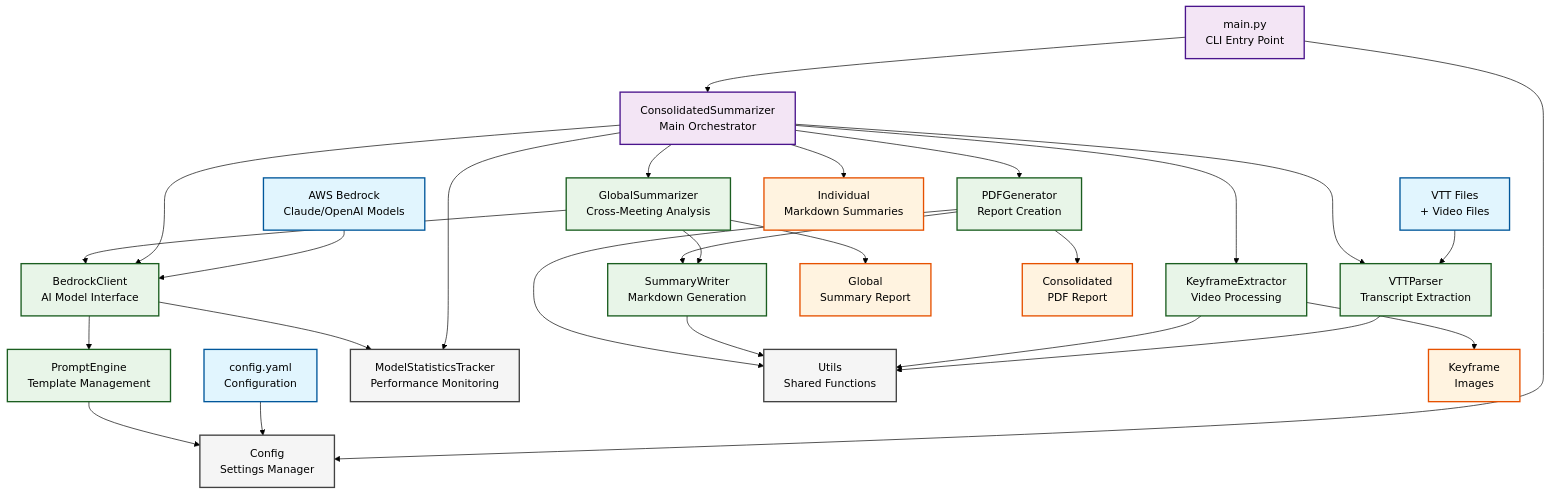
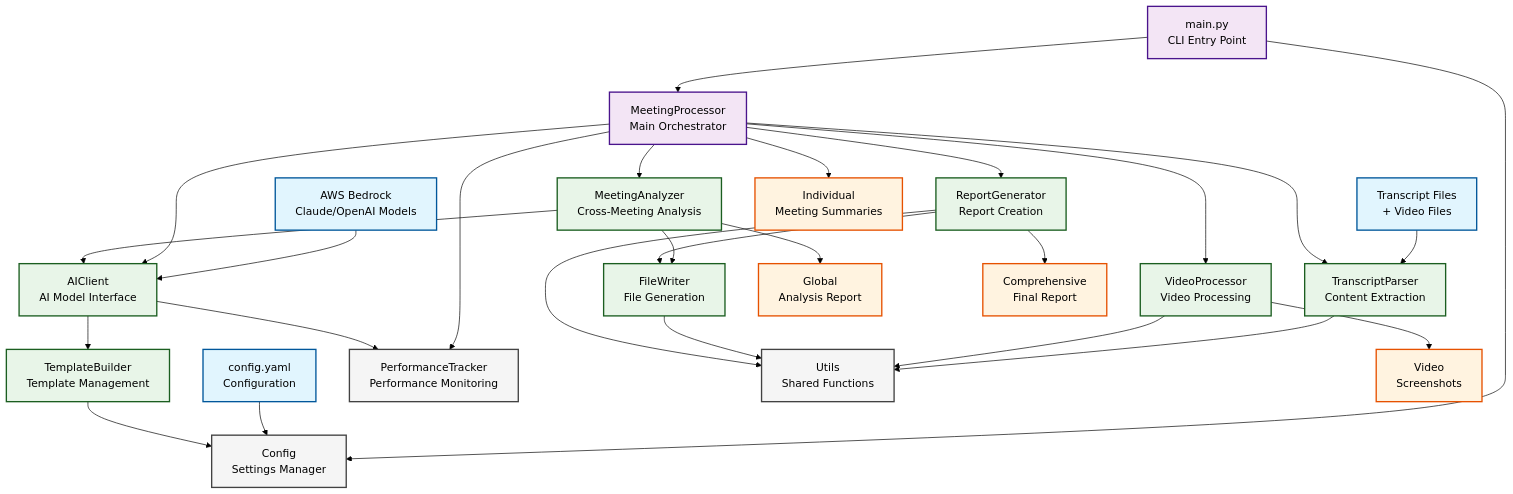
One commit to jogule/ms-teams-summarizer changed the first of 4 diagrams in architecture.md. Above: the diagram before and after it, drawn with Mermaid (forest theme). The commit also changed other lines of this file and 12 other files, not shown here.

First line of the commit message:
Implement transcript parsing, template building, and video processing for meeting summaries

````diff
--- a/architecture.md
+++ b/architecture.md
@@ -7,80 +7,80 @@
 ```mermaid
 graph TB
     %% External Dependencies
     AWS[AWS Bedrock<br/>Claude/OpenAI Models] 
-    VTT[VTT Files<br/>+ Video Files]
+    FILES[Transcript Files<br/>+ Video Files]
     CONFIG[config.yaml<br/>Configuration]
     
     %% Main Entry Point
     MAIN[main.py<br/>CLI Entry Point]
     
     %% Core Orchestration
-    CONSOLIDATED[ConsolidatedSummarizer<br/>Main Orchestrator]
+    PROCESSOR[MeetingProcessor<br/>Main Orchestrator]
     
     %% Processing Components
-    VTT_PARSER[VTTParser<br/>Transcript Extraction]
-    BEDROCK[BedrockClient<br/>AI Model Interface]
-    KEYFRAME[KeyframeExtractor<br/>Video Processing]
+    TRANSCRIPT_PARSER[TranscriptParser<br/>Content Extraction]
+    AI_CLIENT[AIClient<br/>AI Model Interface]
+    VIDEO_PROCESSOR[VideoProcessor<br/>Video Processing]
     
     %% Analysis & Generation
-    PROMPT[PromptEngine<br/>Template Management]
-    GLOBAL[GlobalSummarizer<br/>Cross-Meeting Analysis]
-    WRITER[SummaryWriter<br/>Markdown Generation]
-    PDF[PDFGenerator<br/>Report Creation]
+    TEMPLATE[TemplateBuilder<br/>Template Management]
+    ANALYZER[MeetingAnalyzer<br/>Cross-Meeting Analysis]
+    WRITER[FileWriter<br/>File Generation]
+    REPORT[ReportGenerator<br/>Report Creation]
     
     %% Supporting Services
     CONFIG_MGR[Config<br/>Settings Manager]
-    STATS[ModelStatisticsTracker<br/>Performance Monitoring]
+    PERFORMANCE[PerformanceTracker<br/>Performance Monitoring]
     UTILS[Utils<br/>Shared Functions]
     
     %% Outputs
-    MD_SUMMARIES[Individual<br/>Markdown Summaries]
-    GLOBAL_MD[Global<br/>Summary Report]
-    KEYFRAME_IMGS[Keyframe<br/>Images]
-    PDF_REPORT[Consolidated<br/>PDF Report]
+    MD_SUMMARIES[Individual<br/>Meeting Summaries]
+    ANALYSIS_MD[Global<br/>Analysis Report]
+    SCREENSHOTS[Video<br/>Screenshots]
+    FINAL_REPORT[Comprehensive<br/>Final Report]
     
     %% Flow Connections
     MAIN --> CONFIG_MGR
-    MAIN --> CONSOLIDATED
+    MAIN --> PROCESSOR
     
     CONFIG --> CONFIG_MGR
-    VTT --> VTT_PARSER
-    AWS --> BEDROCK
+    FILES --> TRANSCRIPT_PARSER
+    AWS --> AI_CLIENT
     
-    CONSOLIDATED --> VTT_PARSER
-    CONSOLIDATED --> BEDROCK
-    CONSOLIDATED --> KEYFRAME
-    CONSOLIDATED --> GLOBAL
-    CONSOLIDATED --> PDF
-    CONSOLIDATED --> STATS
+    PROCESSOR --> TRANSCRIPT_PARSER
+    PROCESSOR --> AI_CLIENT
+    PROCESSOR --> VIDEO_PROCESSOR
+    PROCESSOR --> ANALYZER
+    PROCESSOR --> REPORT
+    PROCESSOR --> PERFORMANCE
     
-    VTT_PARSER --> UTILS
-    BEDROCK --> PROMPT
-    BEDROCK --> STATS
-    KEYFRAME --> UTILS
+    TRANSCRIPT_PARSER --> UTILS
+    AI_CLIENT --> TEMPLATE
+    AI_CLIENT --> PERFORMANCE
+    VIDEO_PROCESSOR --> UTILS
     
-    PROMPT --> CONFIG_MGR
-    GLOBAL --> BEDROCK
-    GLOBAL --> WRITER
+    TEMPLATE --> CONFIG_MGR
+    ANALYZER --> AI_CLIENT
+    ANALYZER --> WRITER
     WRITER --> UTILS
-    PDF --> WRITER
-    PDF --> UTILS
+    REPORT --> WRITER
+    REPORT --> UTILS
     
-    CONSOLIDATED --> MD_SUMMARIES
-    GLOBAL --> GLOBAL_MD
-    KEYFRAME --> KEYFRAME_IMGS
-    PDF --> PDF_REPORT
+    PROCESSOR --> MD_SUMMARIES
+    ANALYZER --> ANALYSIS_MD
+    VIDEO_PROCESSOR --> SCREENSHOTS
+    REPORT --> FINAL_REPORT
     
     %% Styling
     classDef external fill:#e1f5fe,stroke:#01579b,stroke-width:2px
     classDef core fill:#f3e5f5,stroke:#4a148c,stroke-width:2px
     classDef processing fill:#e8f5e8,stroke:#1b5e20,stroke-width:2px
     classDef output fill:#fff3e0,stroke:#e65100,stroke-width:2px
     classDef support fill:#f5f5f5,stroke:#424242,stroke-width:2px
     
-    class AWS,VTT,CONFIG external
-    class MAIN,CONSOLIDATED core
-    class VTT_PARSER,BEDROCK,KEYFRAME,PROMPT,GLOBAL,WRITER,PDF processing
-    class MD_SUMMARIES,GLOBAL_MD,KEYFRAME_IMGS,PDF_REPORT output
-    class CONFIG_MGR,STATS,UTILS support
+    class AWS,FILES,CONFIG external
+    class MAIN,PROCESSOR core
+    class TRANSCRIPT_PARSER,AI_CLIENT,VIDEO_PROCESSOR,TEMPLATE,ANALYZER,WRITER,REPORT processing
+    class MD_SUMMARIES,ANALYSIS_MD,SCREENSHOTS,FINAL_REPORT output
+    class CONFIG_MGR,PERFORMANCE,UTILS support
 ```
````
